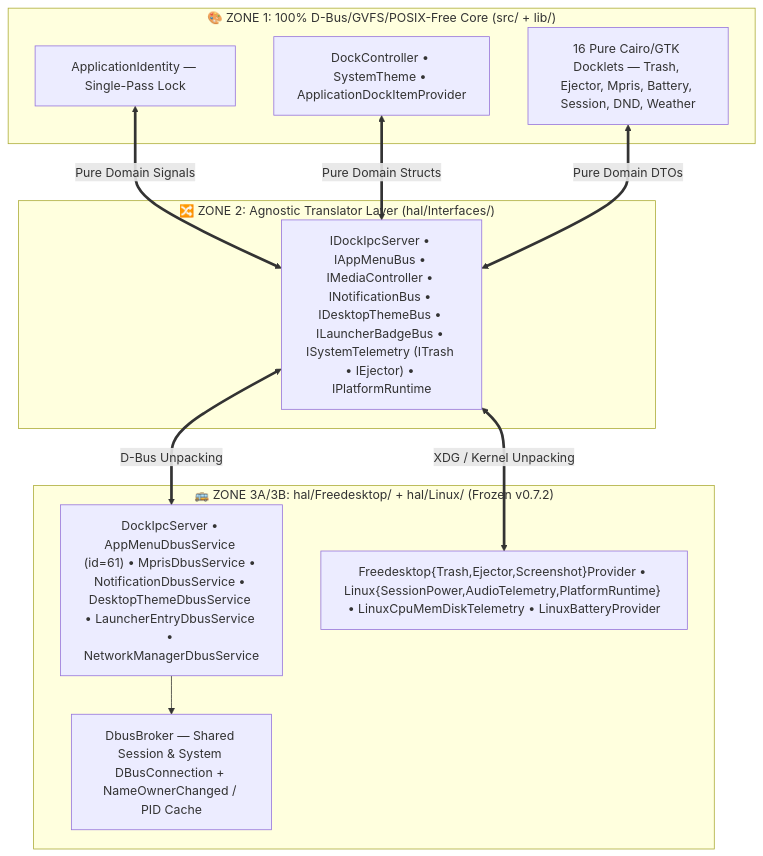
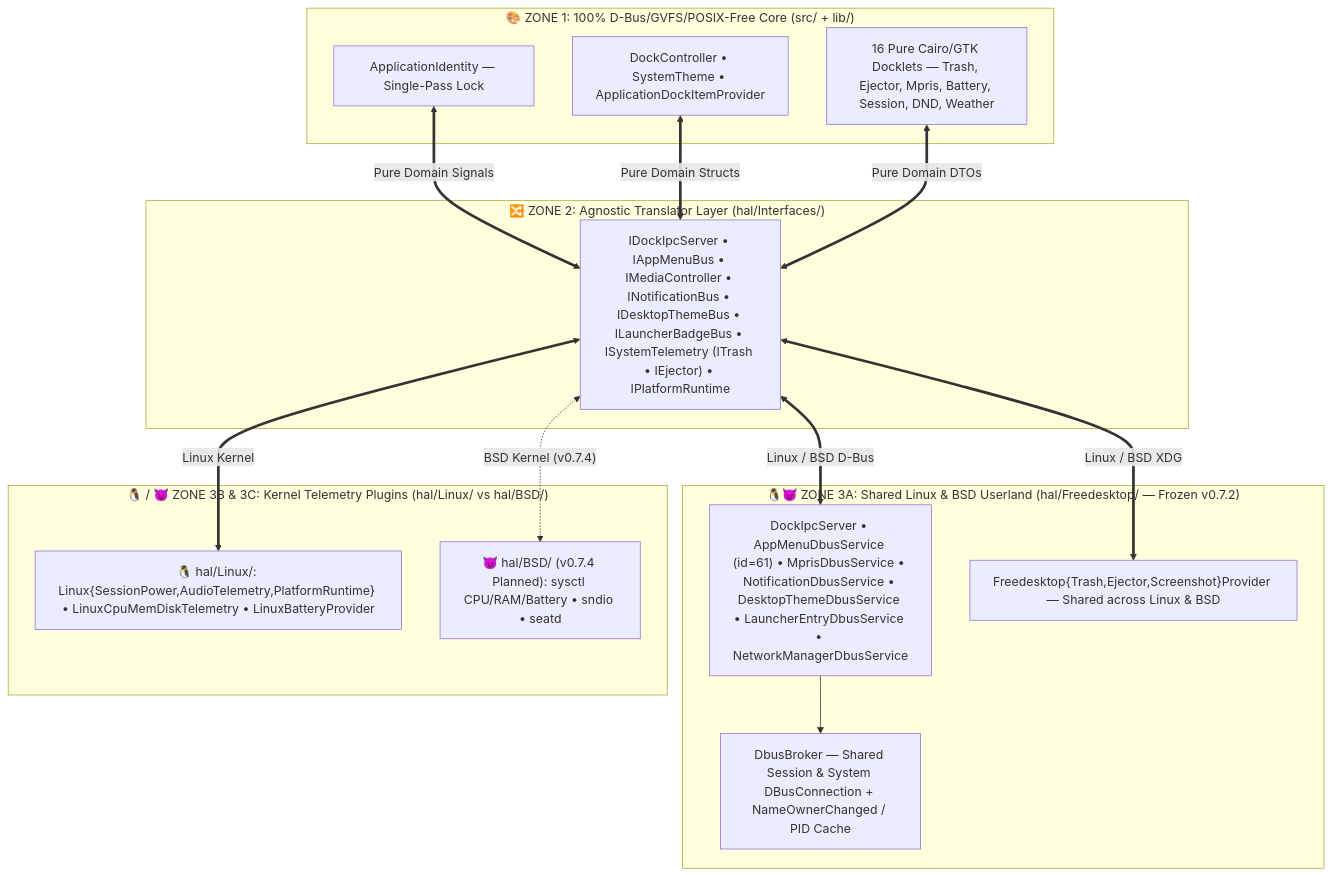
One commit to sergiomelas/WayPlank changed the third of 4 diagrams in Documentation/Architecture/HAL_BUSES.md. Above: the diagram before and after it, drawn with Mermaid. The commit also changed other lines of this file and 205 other files, not shown here.

````diff
--- a/Documentation/Architecture/HAL_BUSES.md
+++ b/Documentation/Architecture/HAL_BUSES.md
@@ -292,25 +302,32 @@
 ```mermaid
 flowchart TD
     subgraph ZONE1_CORE ["🎨 ZONE 1: 100% D-Bus/GVFS/POSIX-Free Core (src/ + lib/)"]
         IDENTITY["ApplicationIdentity — Single-Pass Lock"];
         CORE_SVC["DockController • SystemTheme • ApplicationDockItemProvider"];
         DOCKLETS["16 Pure Cairo/GTK Docklets — Trash, Ejector, Mpris, Battery, Session, DND, Weather"];
     end
 
     subgraph ZONE2_TRANS ["🔀 ZONE 2: Agnostic Translator Layer (hal/Interfaces/)"]
         TRANS["IDockIpcServer • IAppMenuBus • IMediaController • INotificationBus • IDesktopThemeBus • ILauncherBadgeBus • ISystemTelemetry (ITrash • IEjector) • IPlatformRuntime"];
     end
 
-    subgraph ZONE3_FDO ["🚌 ZONE 3A/3B: hal/Freedesktop/ + hal/Linux/ (Frozen v0.7.2)"]
+    subgraph ZONE3_FDO ["🐧😈 ZONE 3A: Shared Linux & BSD Userland (hal/Freedesktop/ — Frozen v0.7.2)"]
         BROKER["DbusBroker — Shared Session & System DBusConnection + NameOwnerChanged / PID Cache"];
         DBUS_SVC["DockIpcServer • AppMenuDbusService (id=61) • MprisDbusService • NotificationDbusService • DesktopThemeDbusService • LauncherEntryDbusService • NetworkManagerDbusService"];
-        XDG_LIN["Freedesktop{Trash,Ejector,Screenshot}Provider • Linux{SessionPower,AudioTelemetry,PlatformRuntime} • LinuxCpuMemDiskTelemetry • LinuxBatteryProvider"];
+        XDG_SVC["Freedesktop{Trash,Ejector,Screenshot}Provider — Shared across Linux & BSD"];
         DBUS_SVC --> BROKER;
+    end
+
+    subgraph ZONE3_KERN_D ["🐧 / 😈 ZONE 3B & 3C: Kernel Telemetry Plugins (hal/Linux/ vs hal/BSD/)"]
+        LIN_TEL["🐧 hal/Linux/: Linux{SessionPower,AudioTelemetry,PlatformRuntime} • LinuxCpuMemDiskTelemetry • LinuxBatteryProvider"];
+        BSD_TEL["😈 hal/BSD/ (v0.7.4 Planned): sysctl CPU/RAM/Battery • sndio • seatd"];
     end
 
     IDENTITY <==>|"Pure Domain Signals"| TRANS;
     CORE_SVC <==>|"Pure Domain Structs"| TRANS;
     DOCKLETS <==>|"Pure Domain DTOs"| TRANS;
-    TRANS <==>|"D-Bus Unpacking"| DBUS_SVC;
-    TRANS <==>|"XDG / Kernel Unpacking"| XDG_LIN;
+    TRANS <==>|"Linux / BSD D-Bus"| DBUS_SVC;
+    TRANS <==>|"Linux / BSD XDG"| XDG_SVC;
+    TRANS <==>|"Linux Kernel"| LIN_TEL;
+    TRANS <-.->|"BSD Kernel (v0.7.4)"| BSD_TEL;
 ```
````
